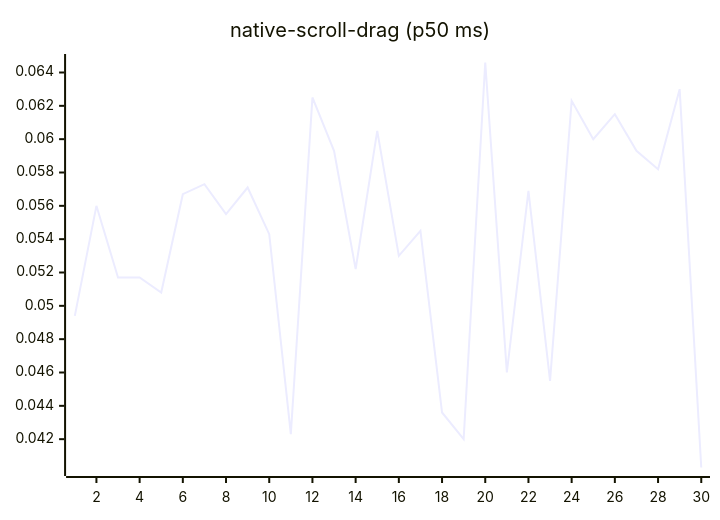
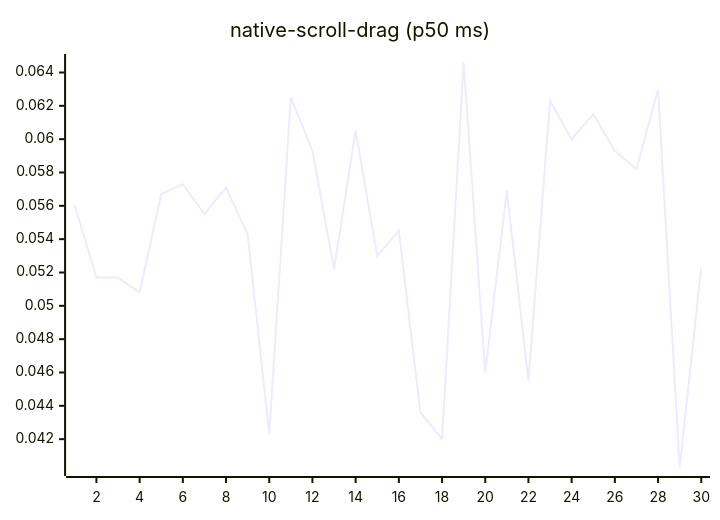
Before and after one commit to josha/Facet: diagram 14 of 27 in README.md, drawn with Mermaid. The commit also changed other lines of this file and 2 other files, not shown here.

````diff
--- a/README.md
+++ b/README.md
@@ -154,6 +154,6 @@
 ```mermaid
 xychart-beta
     title "native-scroll-drag (p50 ms)"
     x-axis 1 --> 30
-    line [0.0494, 0.0560, 0.0517, 0.0517, 0.0508, 0.0567, 0.0573, 0.0555, 0.0571, 0.0543, 0.0423, 0.0625, 0.0593, 0.0522, 0.0605, 0.0530, 0.0545, 0.0436, 0.0420, 0.0646, 0.0460, 0.0569, 0.0455, 0.0623, 0.0600, 0.0615, 0.0593, 0.0582, 0.0630, 0.0403]
+    line [0.0560, 0.0517, 0.0517, 0.0508, 0.0567, 0.0573, 0.0555, 0.0571, 0.0543, 0.0423, 0.0625, 0.0593, 0.0522, 0.0605, 0.0530, 0.0545, 0.0436, 0.0420, 0.0646, 0.0460, 0.0569, 0.0455, 0.0623, 0.0600, 0.0615, 0.0593, 0.0582, 0.0630, 0.0403, 0.0523]
 ```
````
